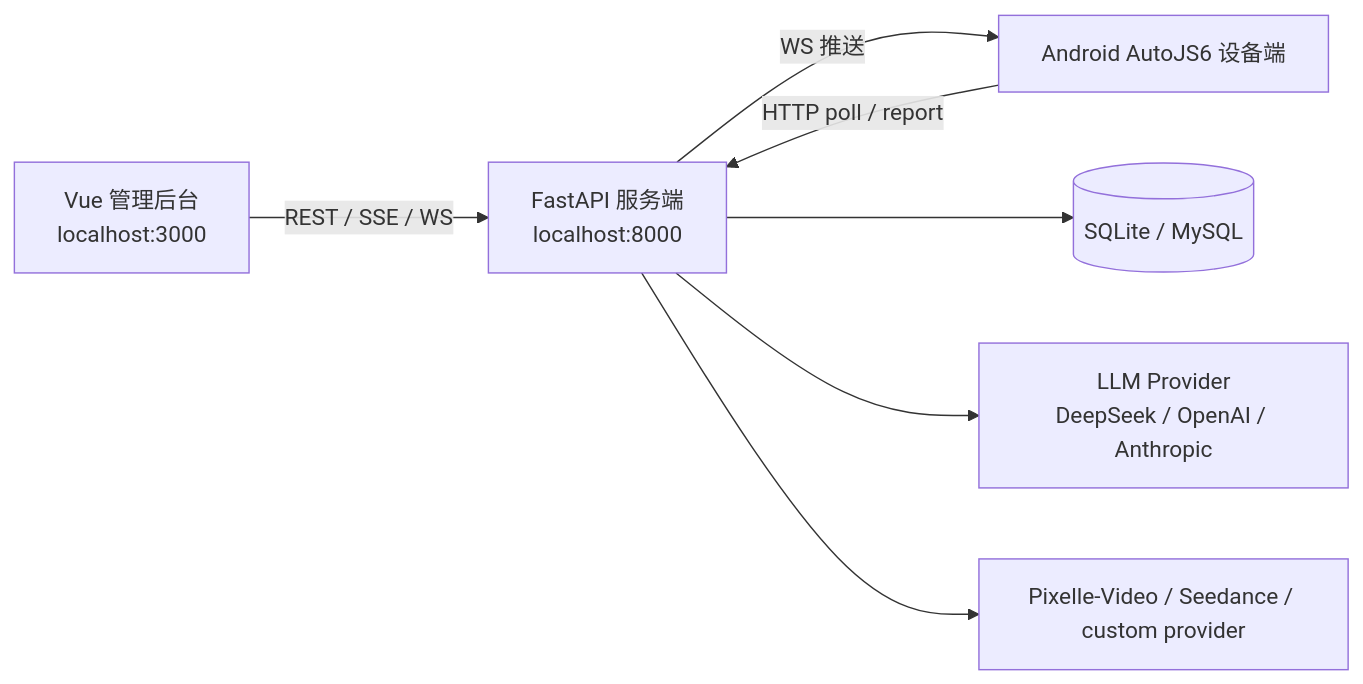
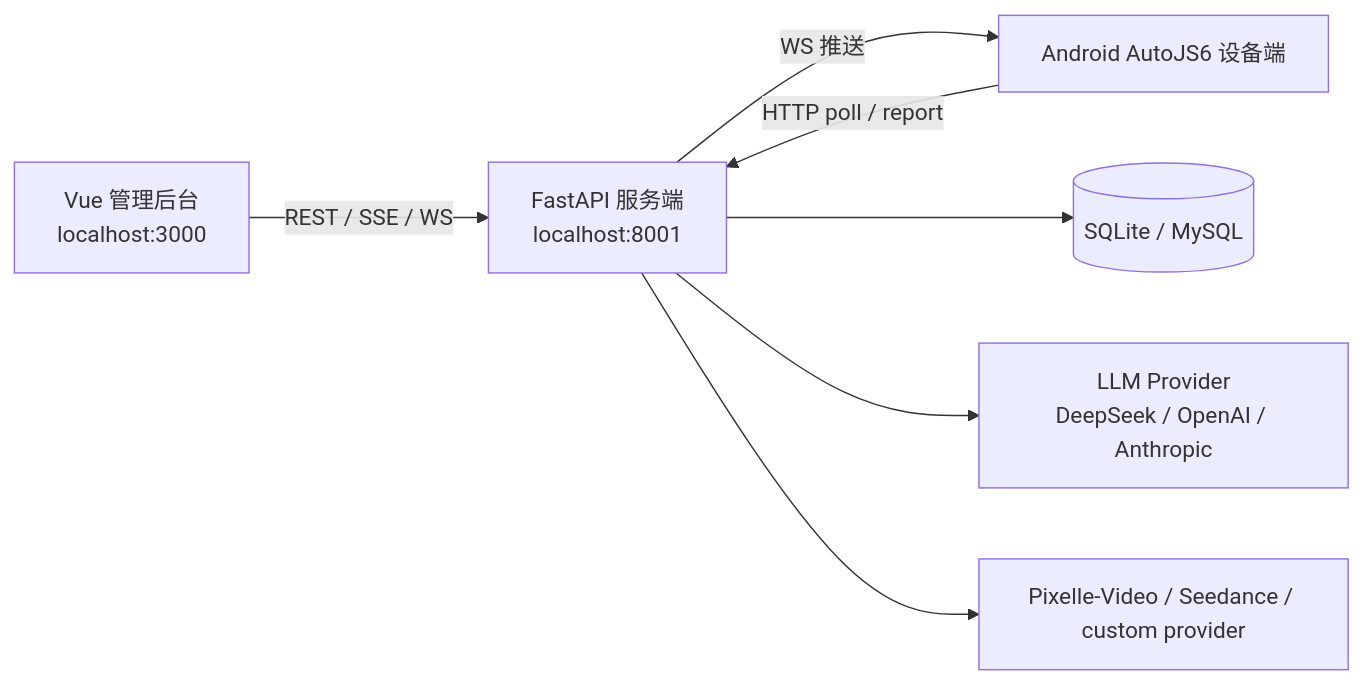
The diagram in README.md (libaie/dy_auto_new), drawn with Mermaid before and after one commit. The commit also changed other lines of this file and 179 other files, not shown here.

````diff
--- a/README.md
+++ b/README.md
@@ -30,9 +30,9 @@
 ```mermaid
 flowchart LR
-  Web["Vue 管理后台\nlocalhost:3000"] -->|"REST / SSE / WS"| Server["FastAPI 服务端\nlocalhost:8000"]
+  Web["Vue 管理后台\nlocalhost:3000"] -->|"REST / SSE / WS"| Server["FastAPI 服务端\nlocalhost:8001"]
   Device["Android AutoJS6 设备端"] -->|"HTTP poll / report"| Server
   Server -->|"WS 推送"| Device
   Server --> DB[("SQLite / MySQL")]
   Server --> AI["LLM Provider\nDeepSeek / OpenAI / Anthropic"]
   Server --> Pixelle["Pixelle-Video / Seedance / custom provider"]
 ```
````
